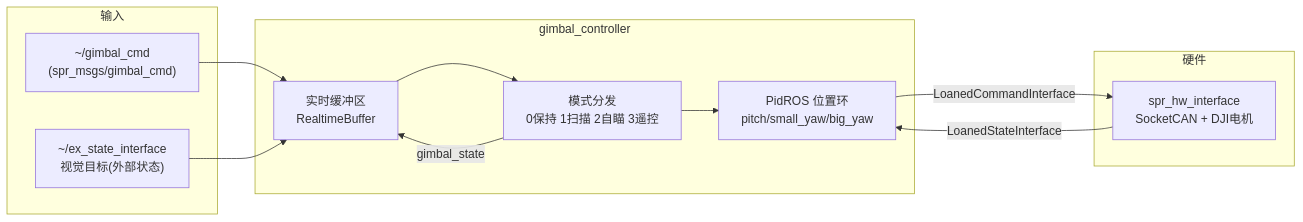
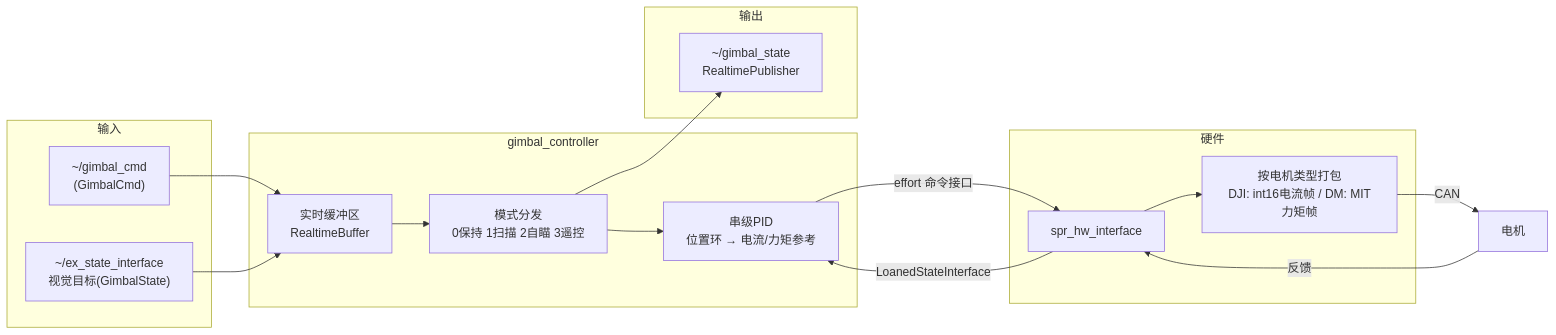
Before and after one commit to darkcome6/sentry_code: the diagram in Readme.md, drawn with Mermaid. The commit also changed other lines of this file, not shown here.

````diff
--- a/Readme.md
+++ b/Readme.md
@@ -14,22 +15,29 @@
 ```mermaid
 flowchart LR
     subgraph 输入
-      CMD["~/gimbal_cmd<br/>(spr_msgs/gimbal_cmd)"]
-      VIS["~/ex_state_interface<br/>视觉目标(外部状态)"]
+      CMD["~/gimbal_cmd<br/>(GimbalCmd)"]
+      VIS["~/ex_state_interface<br/>视觉目标(GimbalState)"]
     end
     subgraph gimbal_controller
       RT["实时缓冲区<br/>RealtimeBuffer"]
       MODE["模式分发<br/>0保持 1扫描 2自瞄 3遥控"]
-      PID["PidROS 位置环<br/>pitch/small_yaw/big_yaw"]
+      PID["串级PID<br/>位置环 → 电流/力矩参考"]
     end
     subgraph 硬件
-      HW["spr_hw_interface<br/>SocketCAN + DJI电机"]
+      HW["spr_hw_interface"]
+      PACK["按电机类型打包<br/>DJI: int16电流帧 / DM: MIT力矩帧"]
+    end
+    subgraph 输出
+      PUB["~/gimbal_state<br/>RealtimePublisher"]
     end
 
     CMD --> RT
     VIS --> RT
     RT --> MODE --> PID
-    PID -->|LoanedCommandInterface| HW
+    PID -->|effort 命令接口| HW
+    HW --> PACK
+    PACK -->|CAN| MOTOR["电机"]
+    MOTOR -->|反馈| HW
     HW -->|LoanedStateInterface| PID
-    MODE -->|gimbal_state| RT
+    MODE --> PUB
 ```
````
